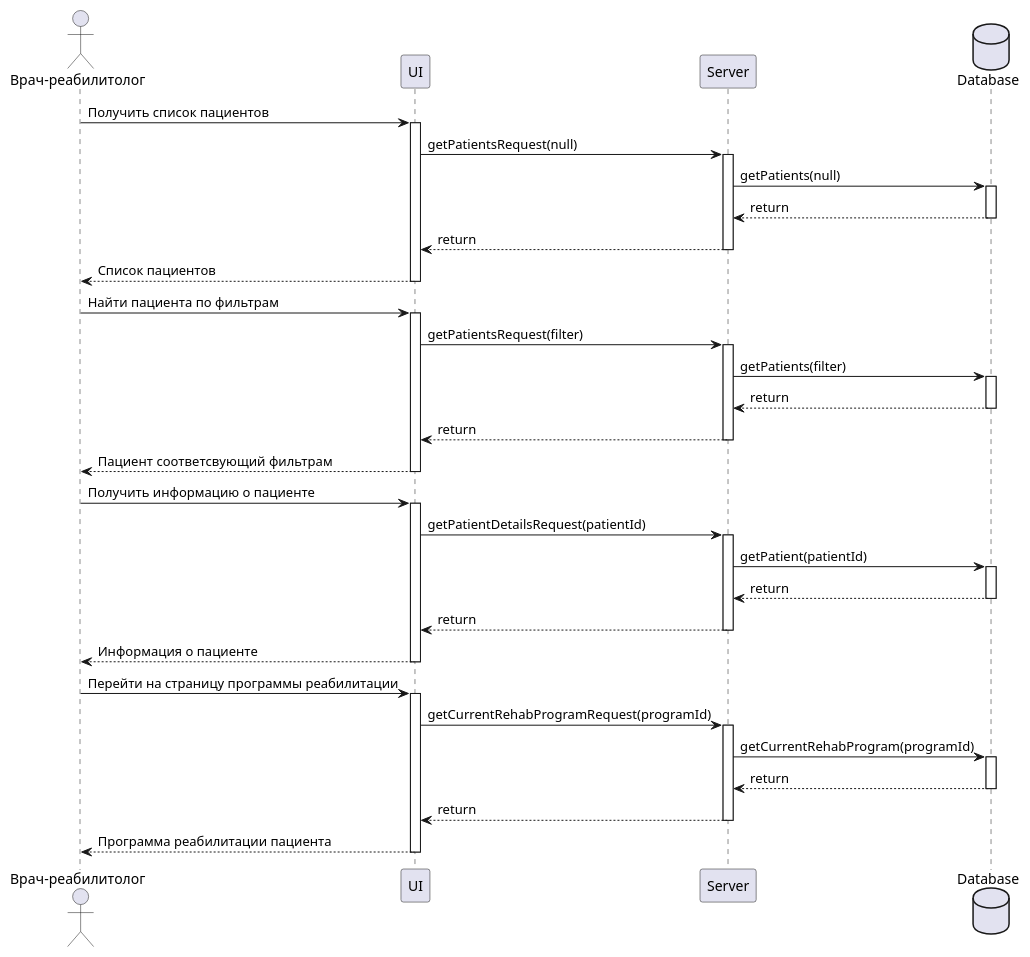
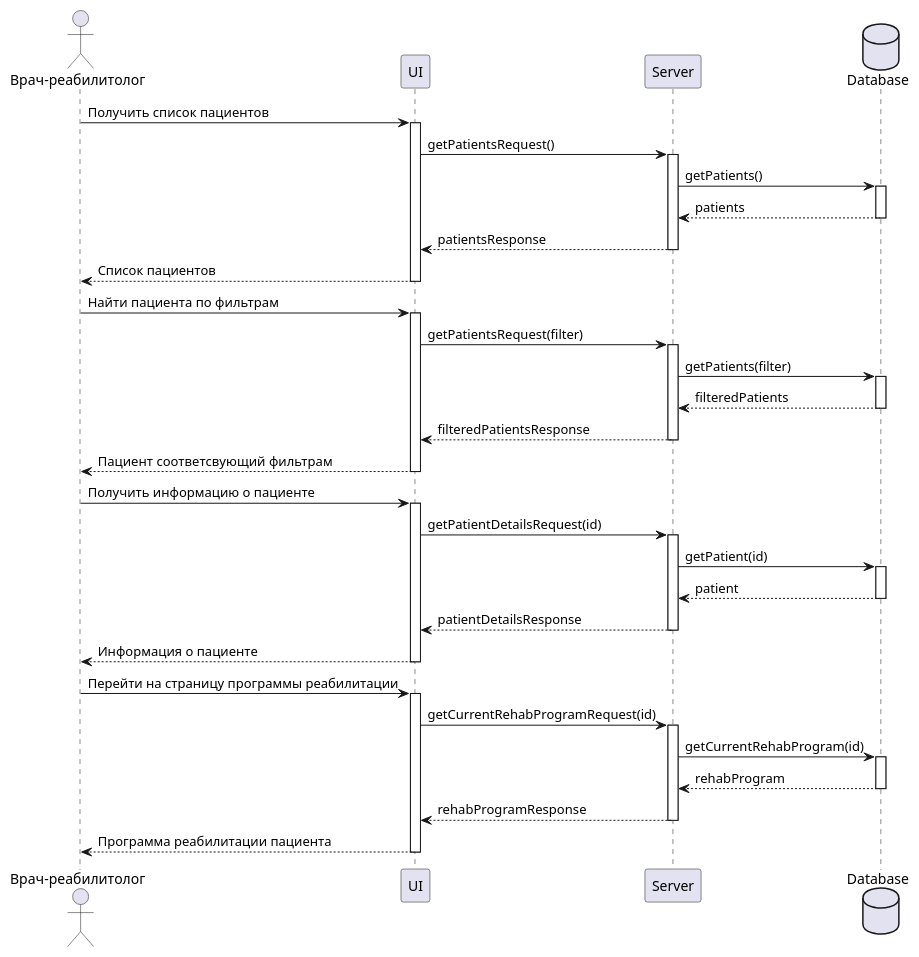
The diagram in arm/uml/sequence.puml (giezz/rc-arm-modules-back), drawn with PlantUML before and after one commit. The commit also changed 7 other files, not shown here.

Commit message:
Обновлены UML-диаграммы.

```diff
--- a/arm/uml/sequence.puml
+++ b/arm/uml/sequence.puml
@@ -1,59 +1,59 @@
 @startuml
 'https://plantuml.com/sequence-diagram
 
 'autonumber
 
 actor "Врач-реабилитолог" as vrach
 participant UI as ui
 participant Server as s
 database Database as db
 
 vrach -> ui: Получить список пациентов
 activate ui
-ui -> s: getPatientsRequest(null)
+ui -> s: getPatientsRequest()
 activate s
-s -> db: getPatients(null)
+s -> db: getPatients()
 activate db
-db --> s: return
+db --> s: patients
 deactivate db
-s --> ui: return
+s --> ui: patientsResponse
 deactivate s
 ui --> vrach: Список пациентов
 deactivate ui
 vrach -> ui: Найти пациента по фильтрам
 activate ui
 ui -> s: getPatientsRequest(filter)
 activate s
 s -> db: getPatients(filter)
 activate db
-db --> s: return
+db --> s: filteredPatients
 deactivate db
-s --> ui: return
+s --> ui: filteredPatientsResponse
 deactivate s
 ui --> vrach: Пациент соответсвующий фильтрам
 deactivate ui
 vrach -> ui: Получить информацию о пациенте
 activate ui
-ui -> s: getPatientDetailsRequest(patientId)
+ui -> s: getPatientDetailsRequest(id)
 activate s
-s -> db: getPatient(patientId)
+s -> db: getPatient(id)
 activate db
-db --> s: return
+db --> s: patient
 deactivate db
-s --> ui: return
+s --> ui: patientDetailsResponse
 deactivate s
 ui --> vrach: Информация о пациенте
 deactivate ui
 vrach -> ui: Перейти на страницу программы реабилитации
 activate ui
-ui -> s: getCurrentRehabProgramRequest(programId)
+ui -> s: getCurrentRehabProgramRequest(id)
 activate s
-s -> db: getCurrentRehabProgram(programId)
+s -> db: getCurrentRehabProgram(id)
 activate db
-db --> s: return
+db --> s: rehabProgram
 deactivate db
-s --> ui: return
+s --> ui: rehabProgramResponse
 deactivate s
 ui --> vrach: Программа реабилитации пациента
 deactivate ui
 @enduml
```
